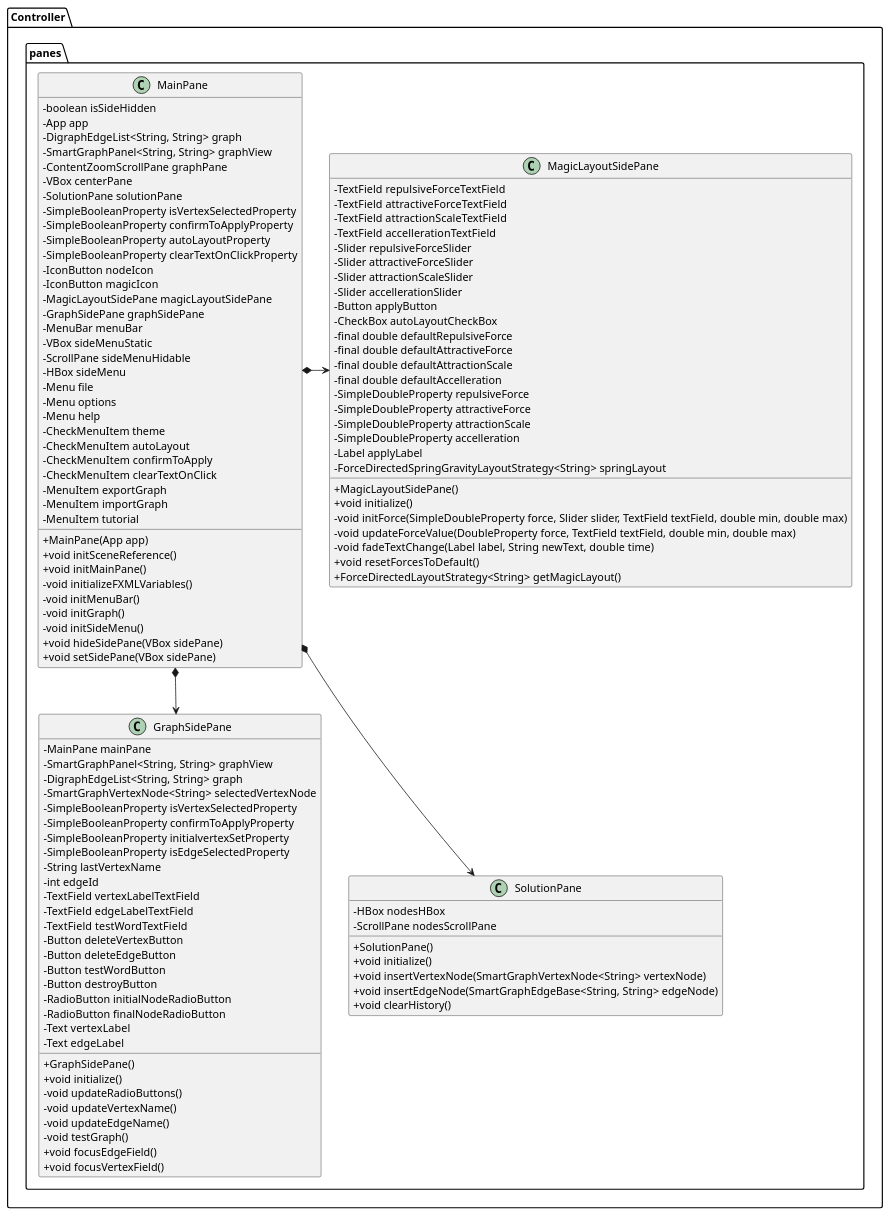
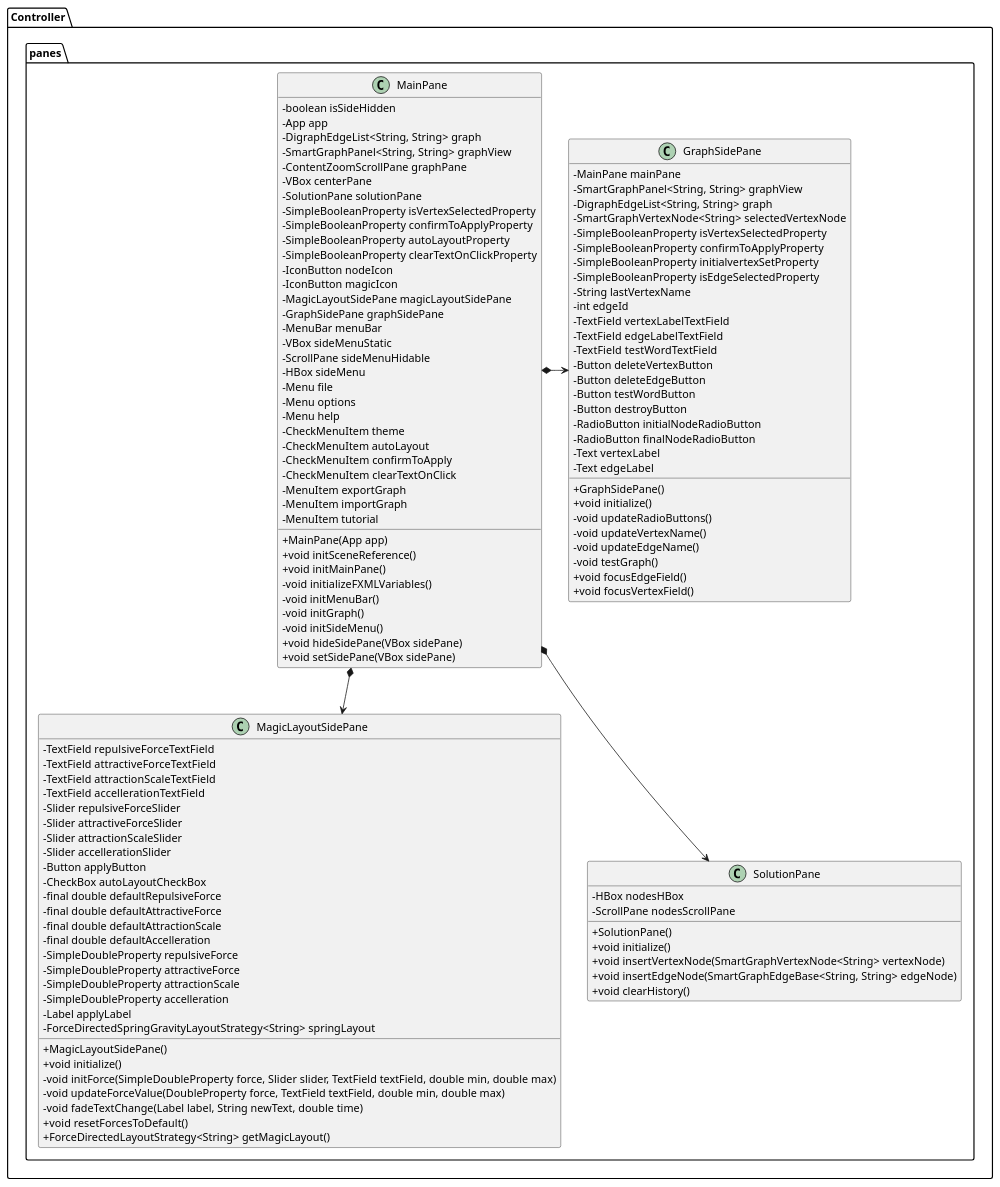
One commit to ZenoBogoni/Word-Automata changed the diagram in plantUML/Class diagrams/Panes.puml. Above: the diagram before and after it, drawn with PlantUML. The commit also changed 74 other files, not shown here.

```diff
--- a/plantUML/Class diagrams/Panes.puml
+++ b/plantUML/Class diagrams/Panes.puml
@@ -1,122 +1,122 @@
 @startuml
 skinparam classAttributeIconSize 0
 package Controller.panes {
     class GraphSidePane {
         - MainPane mainPane
         - SmartGraphPanel<String, String> graphView
         - DigraphEdgeList<String, String> graph
         - SmartGraphVertexNode<String> selectedVertexNode
         - SimpleBooleanProperty isVertexSelectedProperty
         - SimpleBooleanProperty confirmToApplyProperty
         - SimpleBooleanProperty initialvertexSetProperty
         - SimpleBooleanProperty isEdgeSelectedProperty
         - String lastVertexName
         - int edgeId
         - TextField vertexLabelTextField
         - TextField edgeLabelTextField
         - TextField testWordTextField
         - Button deleteVertexButton
         - Button deleteEdgeButton
         - Button testWordButton
         - Button destroyButton
         - RadioButton initialNodeRadioButton
         - RadioButton finalNodeRadioButton
         - Text vertexLabel
         - Text edgeLabel
 
         + GraphSidePane()
         + void initialize()
         - void updateRadioButtons()
         - void updateVertexName()
         - void updateEdgeName()
         - void testGraph()
         + void focusEdgeField()
         + void focusVertexField()
     } 
     class MagicLayoutSidePane {
         - TextField repulsiveForceTextField
         - TextField attractiveForceTextField
         - TextField attractionScaleTextField
         - TextField accellerationTextField
         - Slider repulsiveForceSlider
         - Slider attractiveForceSlider
         - Slider attractionScaleSlider
         - Slider accellerationSlider
         - Button applyButton
         - CheckBox autoLayoutCheckBox
         - final double defaultRepulsiveForce
         - final double defaultAttractiveForce
         - final double defaultAttractionScale
         - final double defaultAccelleration
         - SimpleDoubleProperty repulsiveForce
         - SimpleDoubleProperty attractiveForce
         - SimpleDoubleProperty attractionScale
         - SimpleDoubleProperty accelleration
         - Label applyLabel
         - ForceDirectedSpringGravityLayoutStrategy<String> springLayout
 
         + MagicLayoutSidePane()
         + void initialize()
         - void initForce(SimpleDoubleProperty force, Slider slider, TextField textField, double min, double max)
         - void updateForceValue(DoubleProperty force, TextField textField, double min, double max)
         - void fadeTextChange(Label label, String newText, double time)
         + void resetForcesToDefault()
         + ForceDirectedLayoutStrategy<String> getMagicLayout()
     } 
     class MainPane {
         - boolean isSideHidden
         - App app
         - DigraphEdgeList<String, String> graph
         - SmartGraphPanel<String, String> graphView
         - ContentZoomScrollPane graphPane
         - VBox centerPane
         - SolutionPane solutionPane
         - SimpleBooleanProperty isVertexSelectedProperty
         - SimpleBooleanProperty confirmToApplyProperty
         - SimpleBooleanProperty autoLayoutProperty
         - SimpleBooleanProperty clearTextOnClickProperty
         - IconButton nodeIcon
         - IconButton magicIcon
         - MagicLayoutSidePane magicLayoutSidePane
         - GraphSidePane graphSidePane
         - MenuBar menuBar
         - VBox sideMenuStatic
         - ScrollPane sideMenuHidable
         - HBox sideMenu
         - Menu file
         - Menu options
         - Menu help
         - CheckMenuItem theme
         - CheckMenuItem autoLayout
         - CheckMenuItem confirmToApply
         - CheckMenuItem clearTextOnClick
         - MenuItem exportGraph
         - MenuItem importGraph
         - MenuItem tutorial
 
         + MainPane(App app)
         + void initSceneReference()
         + void initMainPane()
         - void initializeFXMLVariables()
         - void initMenuBar()
         - void initGraph()
         - void initSideMenu()
         + void hideSidePane(VBox sidePane)
         + void setSidePane(VBox sidePane)
     }
     class SolutionPane {
         - HBox nodesHBox
         - ScrollPane nodesScrollPane
 
         + SolutionPane()
         + void initialize()
         + void insertVertexNode(SmartGraphVertexNode<String> vertexNode)
         + void insertEdgeNode(SmartGraphEdgeBase<String, String> edgeNode)
         + void clearHistory()
     }
     MainPane *--> SolutionPane
-    MainPane *-> MagicLayoutSidePane
-    MainPane *--> GraphSidePane
+    MainPane *--> MagicLayoutSidePane
+    MainPane *-right-> GraphSidePane
 
 }
 @enduml
```
